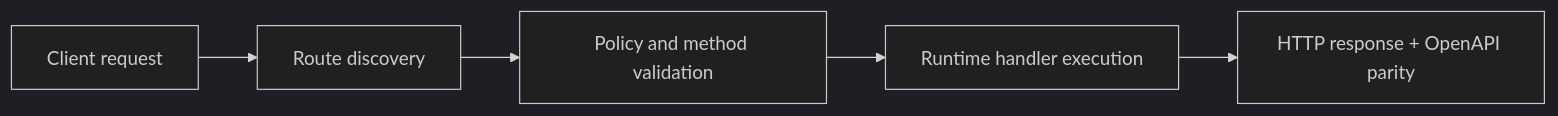
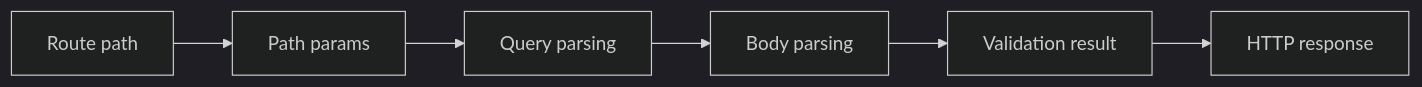
Before and after one commit to misaelzapata/fastfn: the diagram in docs/en/tutorial/from-zero/2-routing-and-data.md, drawn with Mermaid (dark theme). The commit also changed other lines of this file and 17 other files, not shown here.

Commit message:
docs: close 20 FastAPI parity tasks in EN/ES

````diff
--- a/docs/en/tutorial/from-zero/2-routing-and-data.md
+++ b/docs/en/tutorial/from-zero/2-routing-and-data.md
@@ -151,7 +124,8 @@
 ```mermaid
 flowchart LR
-  A["Client request"] --> B["Route discovery"]
-  B --> C["Policy and method validation"]
-  C --> D["Runtime handler execution"]
-  D --> E["HTTP response + OpenAPI parity"]
+  A["Route path"] --> B["Path params"]
+  B --> C["Query parsing"]
+  C --> D["Body parsing"]
+  D --> E["Validation result"]
+  E --> F["HTTP response"]
 ```
````
